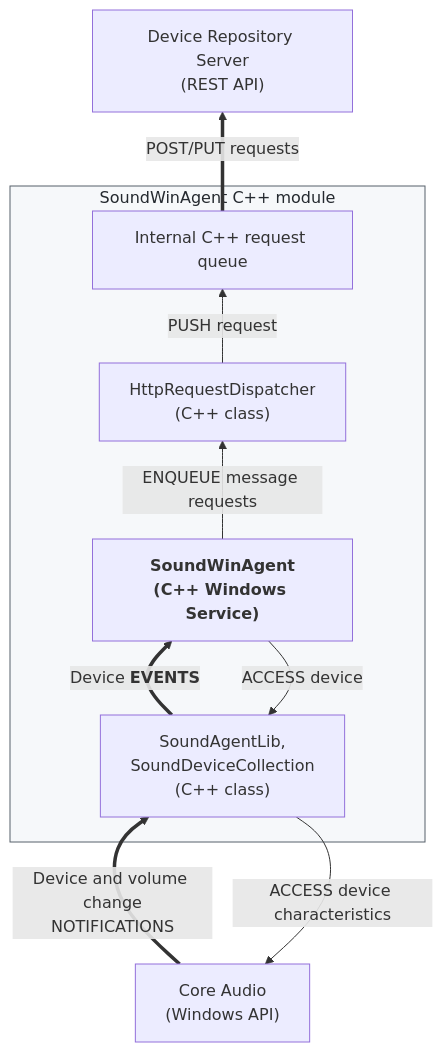
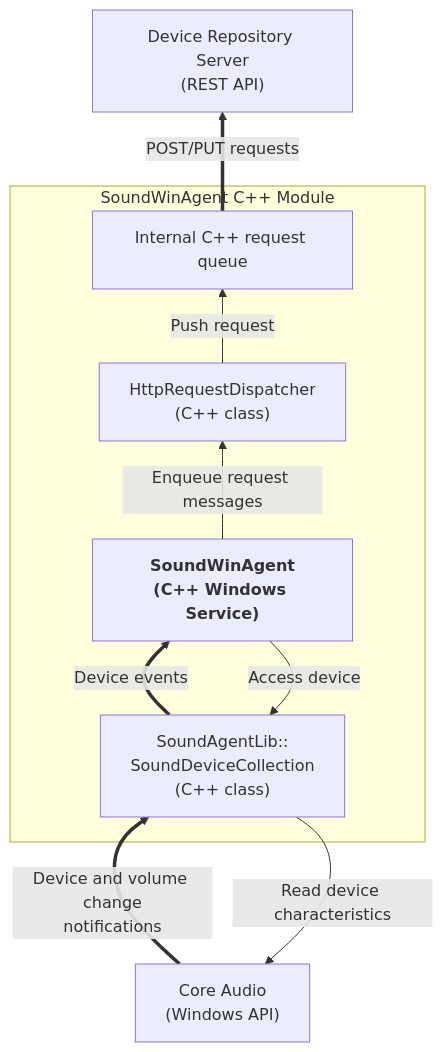
Before and after one commit to collect-sound-devices/win-sound-scanner-go: the diagram in docs/module-interaction02-pred00.mmd, drawn with Mermaid. The commit also changed 2 other files, not shown here.

Commit message:
refactor: improve name clarity in module interaction diagrams

```diff
--- a/docs/module-interaction02-pred00.mmd
+++ b/docs/module-interaction02-pred00.mmd
@@ -1,25 +1,24 @@
 flowchart BT
 
-WIN["Core Audio<br>(Windows API)"]
+coreAudioApi["Core Audio<br>(Windows API)"]
 
-subgraph BCK["SoundWinAgent C++ module"]
-	LIB["SoundAgentLib,<br>SoundDeviceCollection<br>(C++ class)"]
-	HTTPPROC["HttpRequestDispatcher<br>(C++ class)"]
+subgraph soundWinAgentModule["SoundWinAgent C++ Module"]
+    soundDeviceCollection["SoundAgentLib::<br>SoundDeviceCollection<br>(C++ class)"]
+    httpRequestDispatcher["HttpRequestDispatcher<br>(C++ class)"]
 
-	APP["<b>SoundWinAgent<br>(C++ Windows Service)</b>"]
-	CQUEUE["Internal C++ request queue"]
+    soundWinAgentService["<b>SoundWinAgent<br>(C++ Windows Service)</b>"]
+    internalCppRequestQueue["Internal C++ request queue"]
 
-	APP --> |ENQUEUE message requests| HTTPPROC
+    soundWinAgentService --> |Enqueue request messages| httpRequestDispatcher
 end
-style BCK fill:#f6f8fa,stroke:#57606a,color:#24292f
 
-WIN ==> |Device and volume change<br>NOTIFICATIONS| LIB
-LIB --> |ACCESS device characteristics| WIN
+coreAudioApi ==> |Device and volume change<br>notifications| soundDeviceCollection
+soundDeviceCollection --> |Read device characteristics| coreAudioApi
 
-API["Device Repository Server<br>(REST API)"]
+deviceRepositoryApi["Device Repository Server<br>(REST API)"]
 
-APP --> |ACCESS device| LIB
-LIB ==> |Device <b>EVENTS</b>| APP
+soundWinAgentService --> |Access device| soundDeviceCollection
+soundDeviceCollection ==> |Device events| soundWinAgentService
 
-HTTPPROC --> |PUSH request| CQUEUE
-CQUEUE ==> |POST/PUT requests| API
+httpRequestDispatcher --> |Push request| internalCppRequestQueue
+internalCppRequestQueue ==> |POST/PUT requests| deviceRepositoryApi
```
